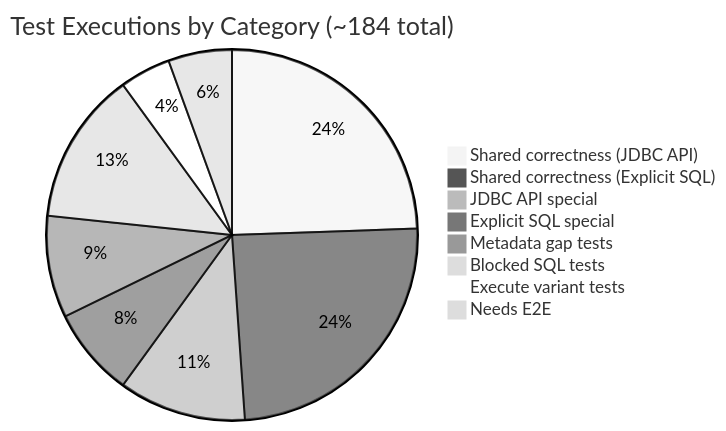
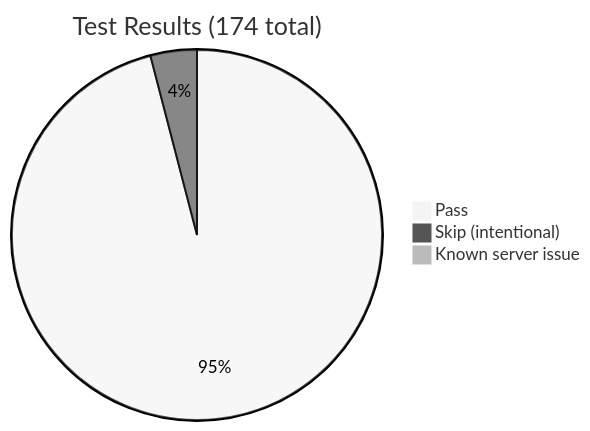
One commit to databricks/databricks-jdbc changed the tenth of 10 diagrams in docs/mst-test-design.md. Above: the diagram before and after it, drawn with Mermaid (neutral theme). The commit also changed other lines of this file, not shown here.

First line of the commit message:
Update MST test design doc with E2E findings

````diff
--- a/docs/mst-test-design.md
+++ b/docs/mst-test-design.md
@@ -451,11 +505,6 @@
 ```mermaid
-pie title Test Executions by Category (~184 total)
-    "Shared correctness (JDBC API)" : 44
-    "Shared correctness (Explicit SQL)" : 44
-    "JDBC API special" : 20
-    "Explicit SQL special" : 14
-    "Metadata gap tests" : 16
-    "Blocked SQL tests" : 24
-    "Execute variant tests" : 8
-    "Needs E2E" : 10
+pie title Test Results (174 total)
+    "Pass" : 166
+    "Skip (intentional)" : 7
+    "Known server issue" : 1
 ```
````
